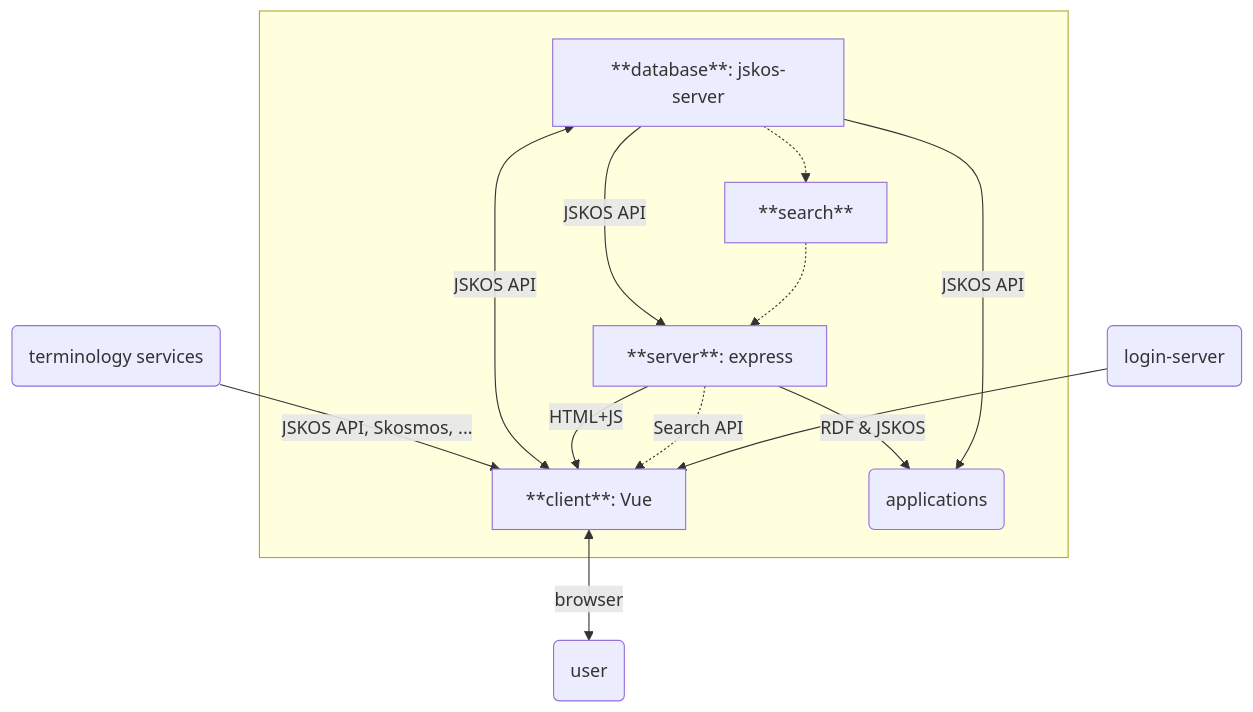
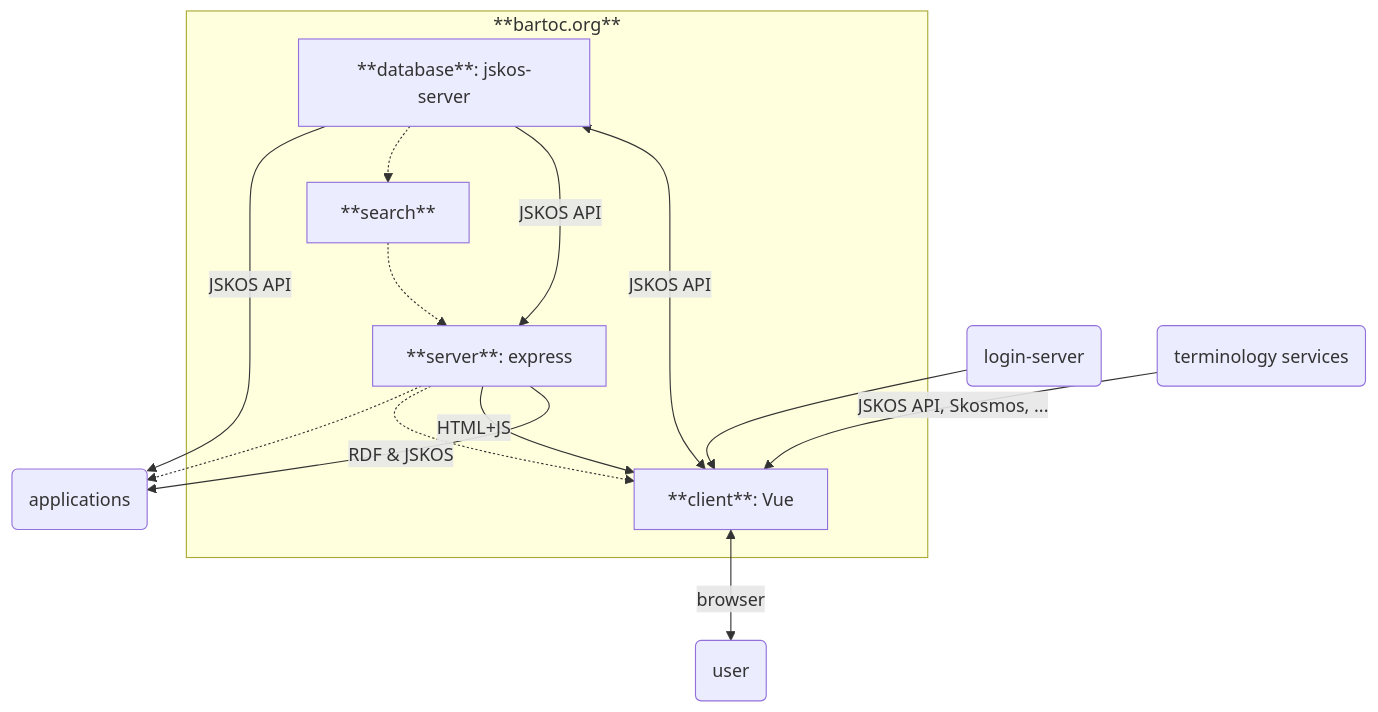
Before and after one commit to gbv/bartoc.org: the diagram in README.md, drawn with Mermaid.

Commit message:
Update diagram

````diff
--- a/README.md
+++ b/README.md
@@ -87,22 +87,23 @@
 ```mermaid
 graph TD
     server[**server**: express]
     client[**client**: Vue]
     login(login-server)
     search[**search**]
     database[**database**: jskos-server]
     terminologies(terminology services)
     terminologies -- JSKOS API, Skosmos, ... --> client
     server -- RDF & JSKOS --> applications(applications)
     client <-- browser --> user(user)
-    subgraph app [ ]
+    subgraph app [**bartoc.org**]
         database <-- JSKOS API --> client
         database -- JSKOS API --> server
         server -- HTML+JS --> client
         search -.-> server
-        server -. Search API .-> client
+        server -.-> client
         database -.-> search
-        database -- JSKOS API --> applications
     end
+    database -- JSKOS API --> applications
+    server -.-> applications
     login --> client
 ```
````
